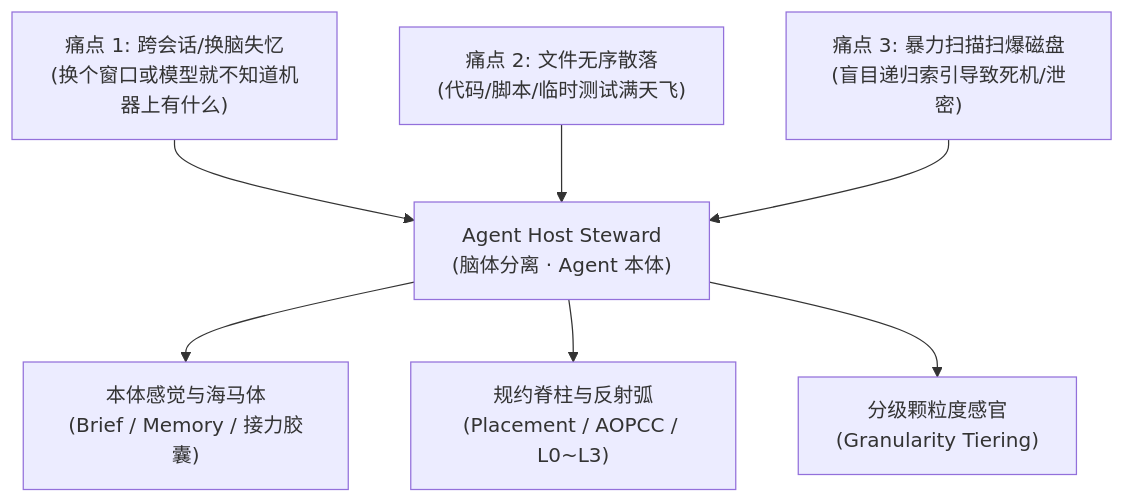
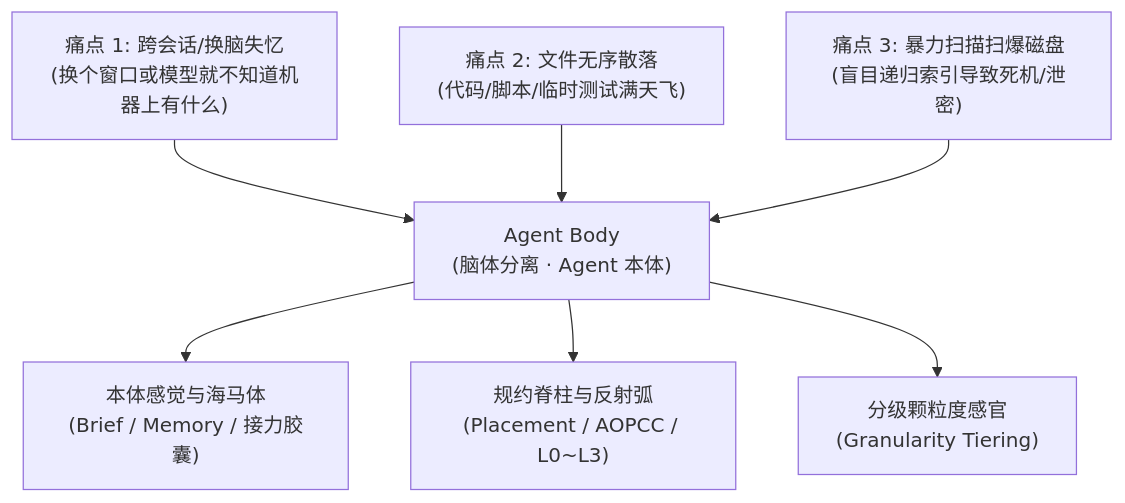
The first of 2 diagrams in docs/manual/02-core-concepts.md (digoal/agent-body), drawn with Mermaid before and after one commit. The commit also changed other lines of this file and 111 other files, not shown here.

Commit message:
feat: rename project to agent-body across code, 43 MCP tools, Web UI, Hooks, Mesh, SKILLs, HTML & docs (#31)

````diff
--- a/docs/manual/02-core-concepts.md
+++ b/docs/manual/02-core-concepts.md
@@ -11,10 +11,10 @@
 ```mermaid
 graph TD
-    P1["痛点 1: 跨会话/换脑失忆<br/>(换个窗口或模型就不知道机器上有什么)"] --> S["Agent Host Steward<br/>(脑体分离 · Agent 本体)"]
+    P1["痛点 1: 跨会话/换脑失忆<br/>(换个窗口或模型就不知道机器上有什么)"] --> S["Agent Body<br/>(脑体分离 · Agent 本体)"]
     P2["痛点 2: 文件无序散落<br/>(代码/脚本/临时测试满天飞)"] --> S
     P3["痛点 3: 暴力扫描扫爆磁盘<br/>(盲目递归索引导致死机/泄密)"] --> S
 
     S --> C1["本体感觉与海马体<br/>(Brief / Memory / 接力胶囊)"]
     S --> C2["规约脊柱与反射弧<br/>(Placement / AOPCC / L0~L3)"]
     S --> C3["分级颗粒度感官<br/>(Granularity Tiering)"]
 ```
````
